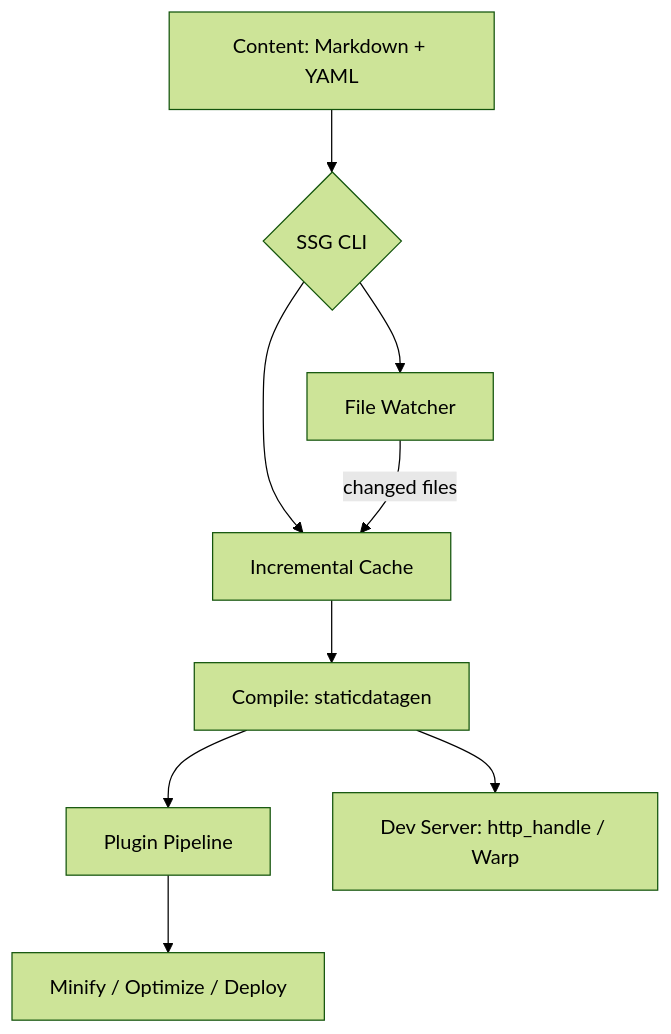
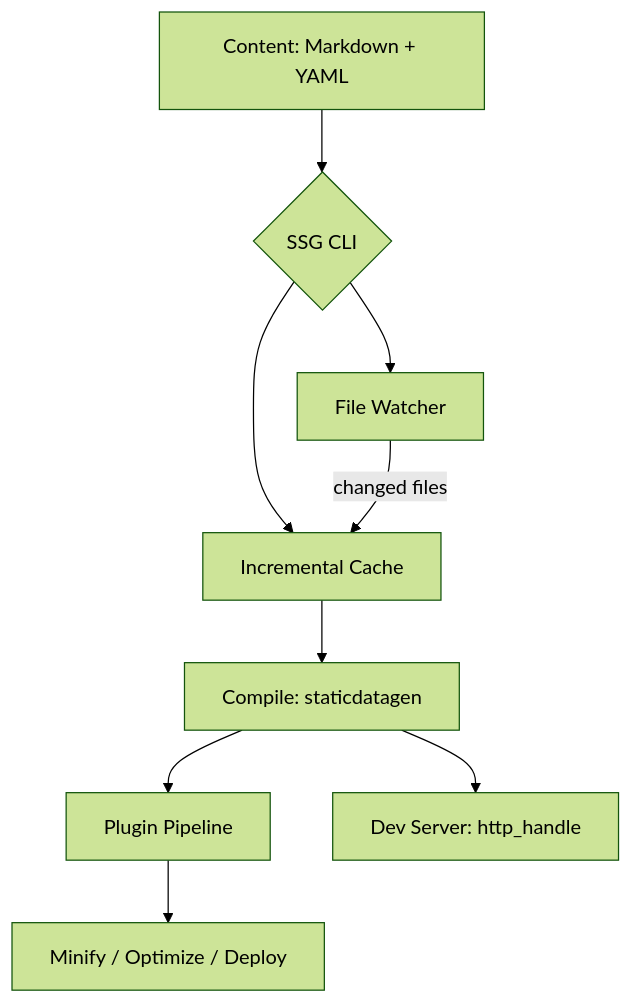
One commit to sebastienrousseau/shokunin changed the diagram in README.md. Above: the diagram before and after it, drawn with Mermaid (forest theme). The commit also changed 10 other files, not shown here.

````diff
--- a/README.md
+++ b/README.md
@@ -78,11 +78,11 @@
 ```mermaid
 graph TD
     A[Content: Markdown + YAML] --> B{SSG CLI}
     B --> C[Incremental Cache]
     C --> D[Compile: staticdatagen]
     D --> E[Plugin Pipeline]
     E --> F[Minify / Optimize / Deploy]
-    D --> G[Dev Server: http_handle / Warp]
+    D --> G[Dev Server: http_handle]
     B --> H[File Watcher]
     H -->|changed files| C
 ```
````
